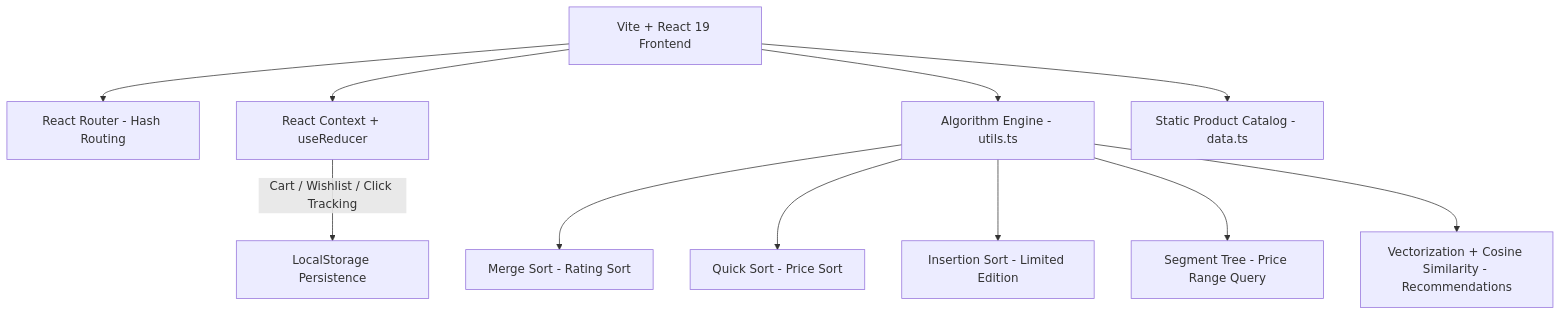
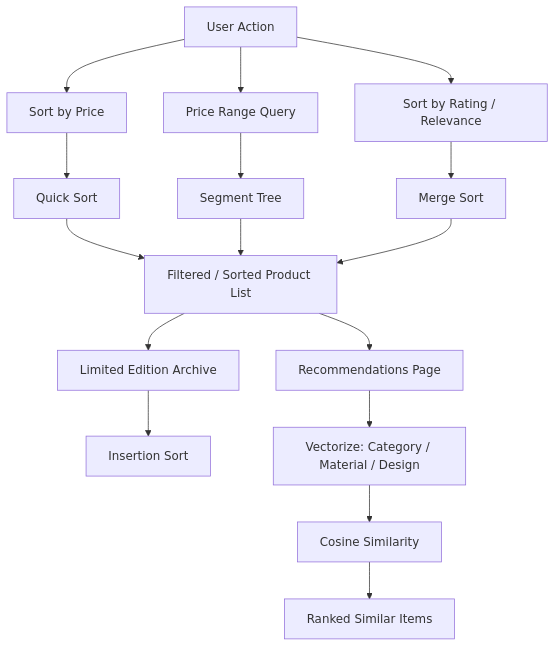
The first of 9 diagrams in README.md (vaishnavi-212/ecommerce-sorting-filtering-engine), drawn with Mermaid before and after one commit. The commit also changed other lines of this file, not shown here.

````diff
--- a/README.md
+++ b/README.md
@@ -71,13 +82,22 @@
 ```mermaid
-graph TD
-    A[Vite + React 19 Frontend] --> B[React Router - Hash Routing]
-    A --> C[React Context + useReducer]
-    C -->|Cart / Wishlist / Click Tracking| D[LocalStorage Persistence]
-    A --> E[Algorithm Engine - utils.ts]
-    E --> F[Merge Sort - Rating Sort]
-    E --> G[Quick Sort - Price Sort]
-    E --> H[Insertion Sort - Limited Edition]
-    E --> I[Segment Tree - Price Range Query]
-    E --> J[Vectorization + Cosine Similarity - Recommendations]
-    A --> K[Static Product Catalog - data.ts]
+flowchart TD
+    A[User Action] --> B[Sort by Price]
+    A --> C[Price Range Query]
+    A --> D[Sort by Rating / Relevance]
+
+    B --> E[Quick Sort]
+    C --> F[Segment Tree]
+    D --> G[Merge Sort]
+
+    E --> H[Filtered / Sorted Product List]
+    F --> H
+    G --> H
+
+    H --> I[Limited Edition Archive]
+    H --> J[Recommendations Page]
+
+    I --> K[Insertion Sort]
+    J --> L[Vectorize: Category / Material / Design]
+    L --> M[Cosine Similarity]
+    M --> N[Ranked Similar Items]
 ```
````
